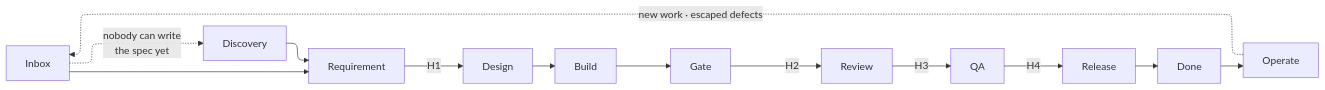
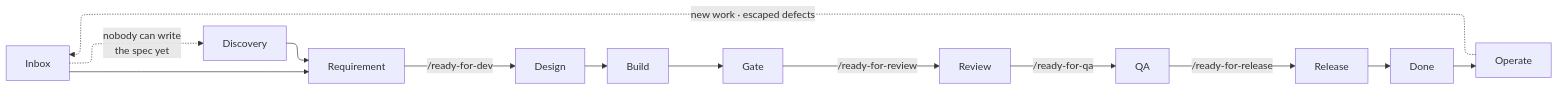
One commit to SpryElephant/mainline changed the diagram in README.md. Above: the diagram before and after it, drawn with Mermaid. The commit also changed other lines of this file and 21 other files, not shown here.

````diff
--- a/README.md
+++ b/README.md
@@ -27,19 +29,19 @@
 ```mermaid
 ---
 config:
   layout: elk
 ---
 flowchart LR
   Inbox --> Requirement
   Inbox -. "nobody can write<br/>the spec yet" .-> Discovery
   Discovery --> Requirement
-  Requirement -- "H1" --> Design
+  Requirement -- "/ready-for-dev" --> Design
   Design --> Build
   Build --> Gate
-  Gate -- "H2" --> Review
-  Review -- "H3" --> QA
-  QA -- "H4" --> Release
+  Gate -- "/ready-for-review" --> Review
+  Review -- "/ready-for-qa" --> QA
+  QA -- "/ready-for-release" --> Release
   Release --> Done
   Done --> Operate
   Operate -. "new work · escaped defects" .-> Inbox
 ```
````
